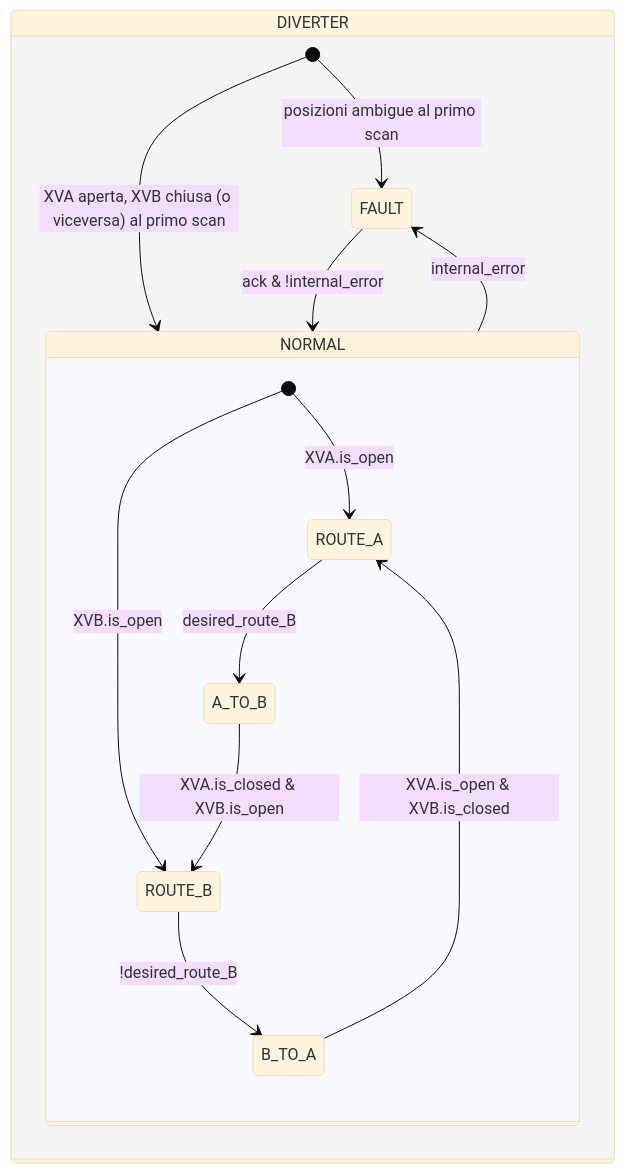
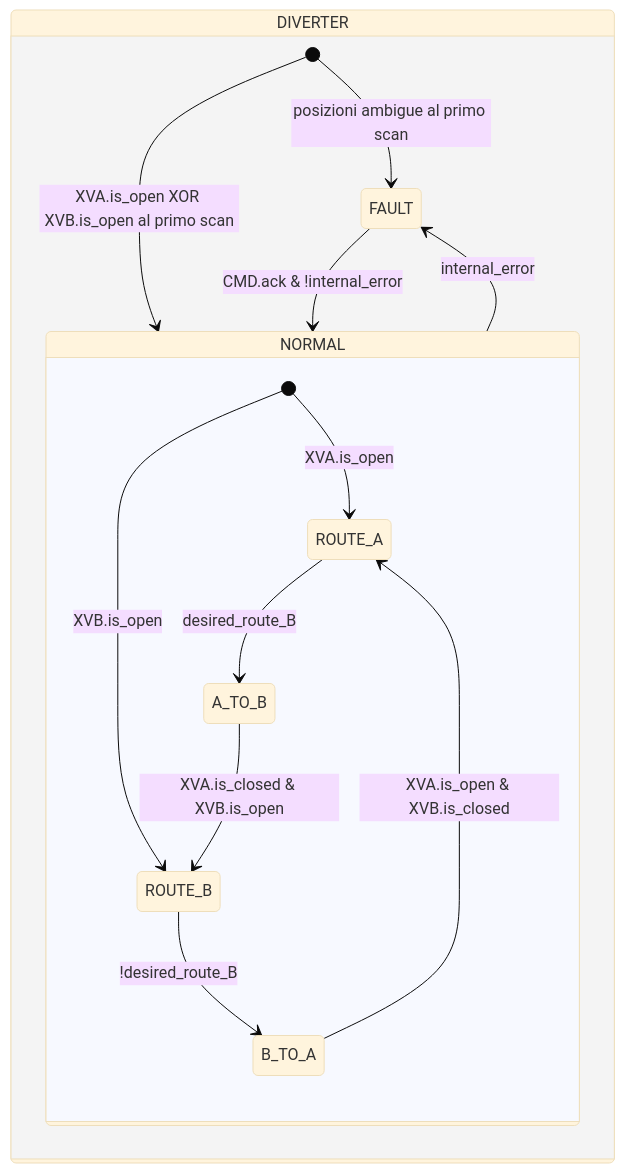
The second of 2 diagrams in docs/it/library/diverters/pinch_type/index.md (AleFire99/TIA_knowledge), drawn with Mermaid (base theme) before and after one commit. The commit also changed other lines of this file and 35 other files, not shown here.

````diff
--- a/docs/it/library/diverters/pinch_type/index.md
+++ b/docs/it/library/diverters/pinch_type/index.md
@@ -93,21 +93,21 @@
 ```mermaid
 stateDiagram-v2
 state DIVERTER{
-    [*] --> NORMAL : XVA aperta, XVB chiusa (o viceversa) al primo scan
+    [*] --> NORMAL : XVA.is_open XOR XVB.is_open al primo scan
     [*] --> FAULT : posizioni ambigue al primo scan
 
     NORMAL --> FAULT : internal_error
-    FAULT --> NORMAL : ack & !internal_error
+    FAULT --> NORMAL : CMD.ack & !internal_error
 
     state NORMAL {
         [*] --> ROUTE_A : XVA.is_open
         [*] --> ROUTE_B : XVB.is_open
 
         ROUTE_A --> A_TO_B : desired_route_B
         A_TO_B --> ROUTE_B : XVA.is_closed & XVB.is_open
 
         ROUTE_B --> B_TO_A : !desired_route_B
         B_TO_A --> ROUTE_A : XVA.is_open & XVB.is_closed
     }
 }
 ```
````
